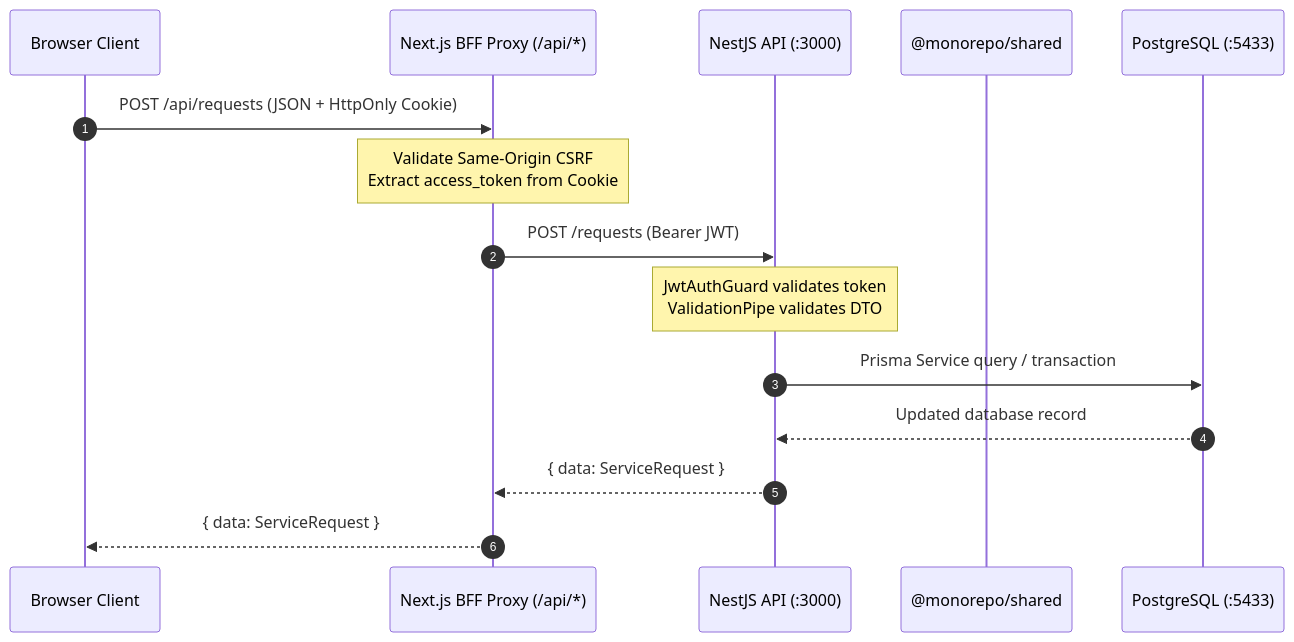
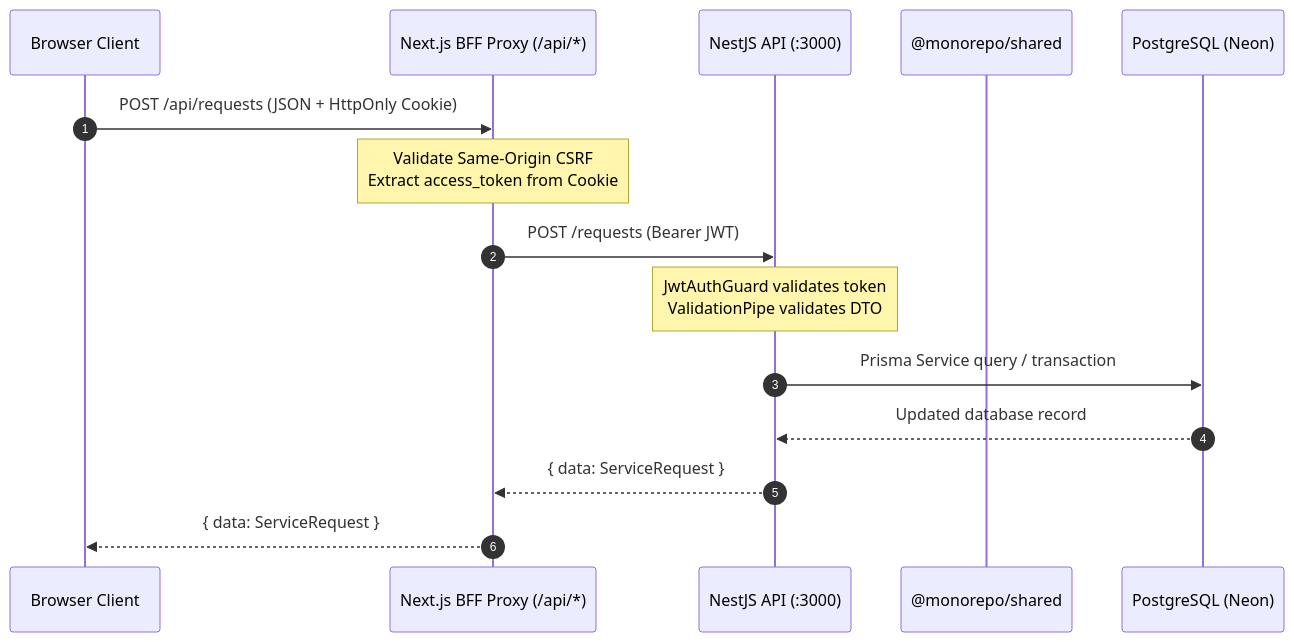
One commit to astosweb/my-services-marketplace changed the diagram in docs/ARCHITECTURE.md. Above: the diagram before and after it, drawn with Mermaid. The commit also changed other lines of this file and 17 other files, not shown here.

````diff
--- a/docs/ARCHITECTURE.md
+++ b/docs/ARCHITECTURE.md
@@ -87,18 +87,18 @@
 ```mermaid
 sequenceDiagram
     autonumber
     participant Browser as Browser Client
     participant BFF as Next.js BFF Proxy (/api/*)
     participant Nest as NestJS API (:3000)
     participant Shared as @monorepo/shared
-    participant DB as PostgreSQL (:5433)
+    participant DB as PostgreSQL (Neon)
 
     Browser->>BFF: POST /api/requests (JSON + HttpOnly Cookie)
     Note over BFF: Validate Same-Origin CSRF<br/>Extract access_token from Cookie
     BFF->>Nest: POST /requests (Bearer JWT)
     Note over Nest: JwtAuthGuard validates token<br/>ValidationPipe validates DTO
     Nest->>DB: Prisma Service query / transaction
     DB-->>Nest: Updated database record
     Nest-->>BFF: { data: ServiceRequest }
     BFF-->>Browser: { data: ServiceRequest }
 ```
````
